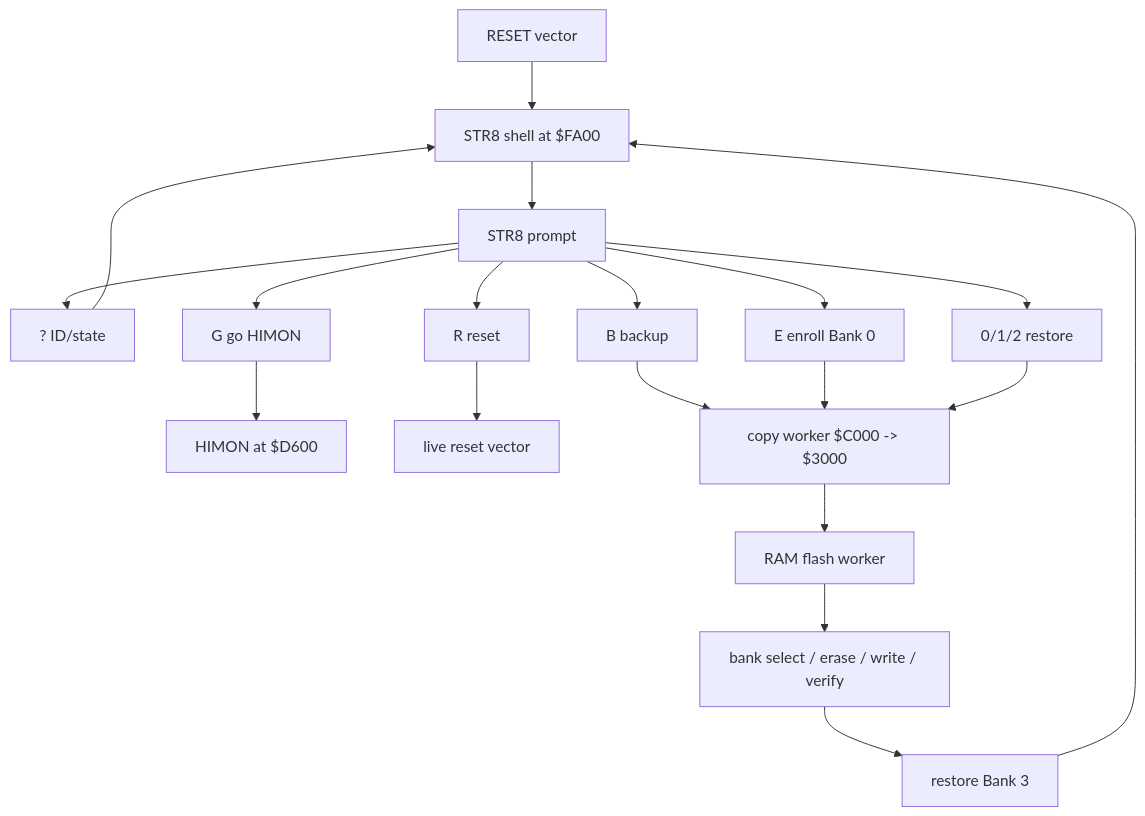
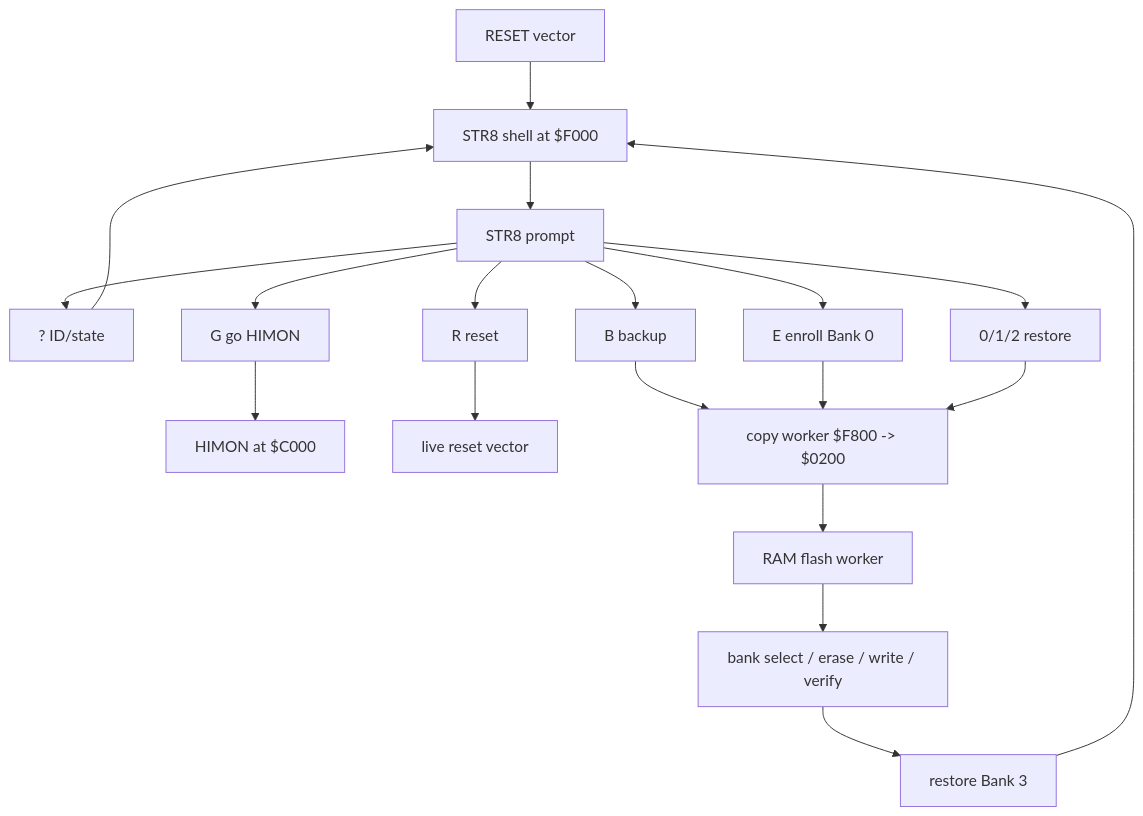
The second of 3 diagrams in DOC/GUIDES/STR8.md (95westus/R-YORS), drawn with Mermaid before and after one commit. The commit also changed other lines of this file and 39 other files, not shown here.

````diff
--- a/DOC/GUIDES/STR8.md
+++ b/DOC/GUIDES/STR8.md
@@ -457,25 +456,25 @@
 ```mermaid
 flowchart TD
-    RESET[RESET vector] --> STR8[STR8 shell at $FA00]
+    RESET[RESET vector] --> STR8[STR8 shell at $F000]
     STR8 --> PROMPT[STR8 prompt]
 
     PROMPT --> Q[? ID/state]
     PROMPT --> B[B backup]
     PROMPT --> E[E enroll Bank 0]
     PROMPT --> RST[0/1/2 restore]
     PROMPT --> G[G go HIMON]
     PROMPT --> R[R reset]
 
-    G --> HIMON[HIMON at $D600]
+    G --> HIMON[HIMON at $C000]
     R --> RESETV[live reset vector]
 
-    B --> COPY[copy worker $C000 -> $3000]
+    B --> COPY[copy worker $F800 -> $0200]
     E --> COPY
     RST --> COPY
     COPY --> WORKER[RAM flash worker]
     WORKER --> FLASH[bank select / erase / write / verify]
     FLASH --> BANK3[restore Bank 3]
     BANK3 --> STR8
 
     Q --> STR8
 ```
````
